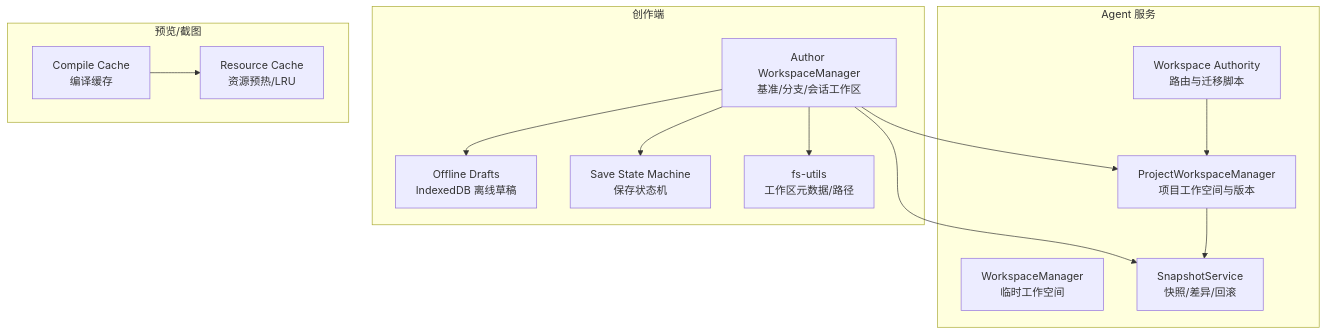
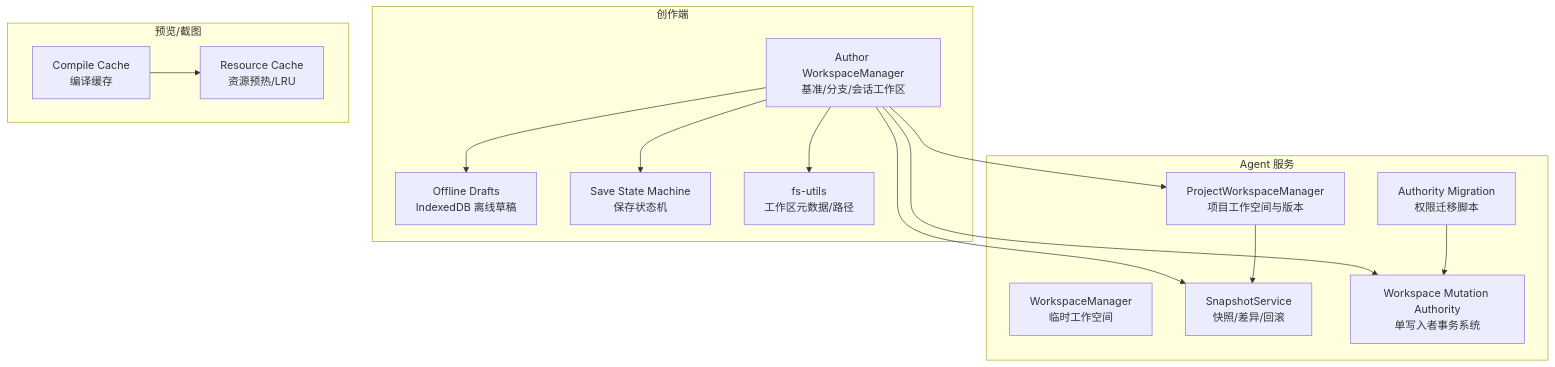
The first of 9 diagrams in .qoder/repowiki/zh/content/前端应用/创作端应用 (Author Site)/工作区管理.md (qihaogithub/workbench), drawn with Mermaid before and after one commit. The commit also changed other lines of this file and 448 other files, not shown here.

````diff
--- a/.qoder/repowiki/zh/content/前端应用/创作端应用 (Author Site)/工作区管理.md
+++ b/.qoder/repowiki/zh/content/前端应用/创作端应用 (Author Site)/工作区管理.md
@@ -43,27 +51,29 @@
 ```mermaid
 graph TB
 subgraph "Agent 服务"
 WS["WorkspaceManager<br/>临时工作空间"]
 PWS["ProjectWorkspaceManager<br/>项目工作空间与版本"]
 SNAP["SnapshotService<br/>快照/差异/回滚"]
-AUTH["Workspace Authority<br/>路由与迁移脚本"]
+AUTH["Workspace Mutation Authority<br/>单写入者事务系统"]
+AUTHMIG["Authority Migration<br/>权限迁移脚本"]
 end
 subgraph "创作端"
 A_WS["Author WorkspaceManager<br/>基准/分支/会话工作区"]
 OFFLINE["Offline Drafts<br/>IndexedDB 离线草稿"]
 FSM["Save State Machine<br/>保存状态机"]
 FSU["fs-utils<br/>工作区元数据/路径"]
 end
 subgraph "预览/截图"
 CC["Compile Cache<br/>编译缓存"]
 RC["Resource Cache<br/>资源预热/LRU"]
 end
 A_WS --> FSU
 A_WS --> PWS
 A_WS --> SNAP
+A_WS --> AUTH
 A_WS --> OFFLINE
 A_WS --> FSM
 PWS --> SNAP
-AUTH --> PWS
+AUTHMIG --> AUTH
 CC --> RC
 ```
````
